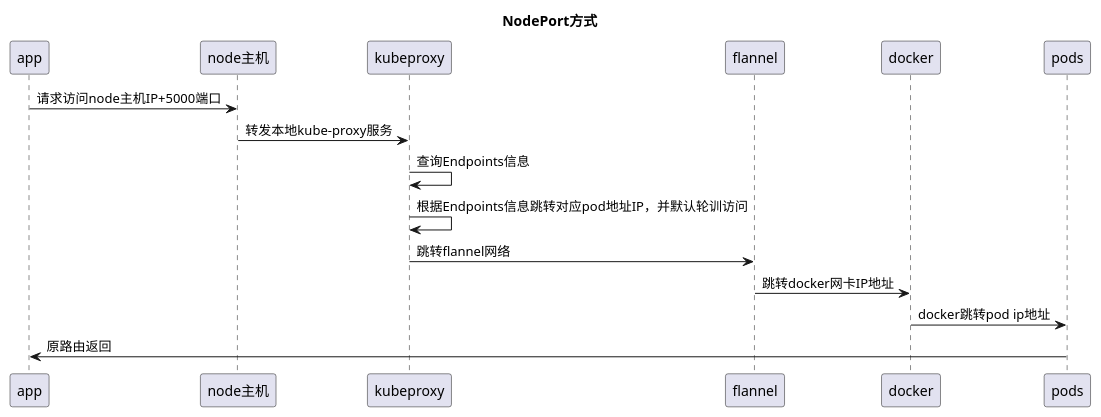
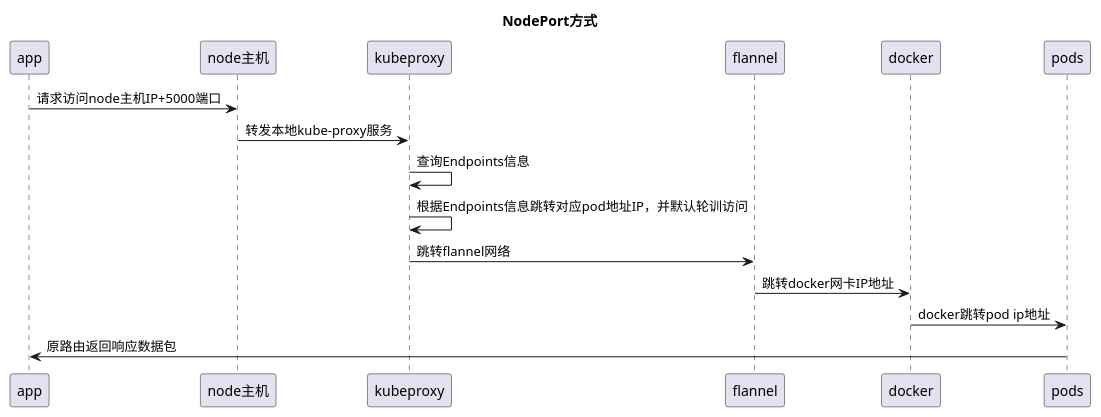
One commit to nxk88998/k8s changed the diagram in k8s工作流程/程序访问pod流程/README.md. Above: the diagram before and after it, drawn with PlantUML.

````diff
--- a/k8s工作流程/程序访问pod流程/README.md
+++ b/k8s工作流程/程序访问pod流程/README.md
@@ -8,24 +8,24 @@
 ```plantuml
 @startuml
 title NodePort方式
 
 
 app -> node主机: 请求访问node主机IP+5000端口
 
 node主机 -> kubeproxy: 转发本地kube-proxy服务
 
 kubeproxy -> kubeproxy: 查询Endpoints信息
 
 kubeproxy -> kubeproxy: 根据Endpoints信息跳转对应pod地址IP，并默认轮训访问
 
 kubeproxy -> flannel: 跳转flannel网络
 
 flannel -> docker: 跳转docker网卡IP地址
 
 docker -> pods: docker跳转pod ip地址
 
 
-pods -> app: 原路由返回
+pods -> app: 原路由返回响应数据包
 
 @enduml
 ```
````
